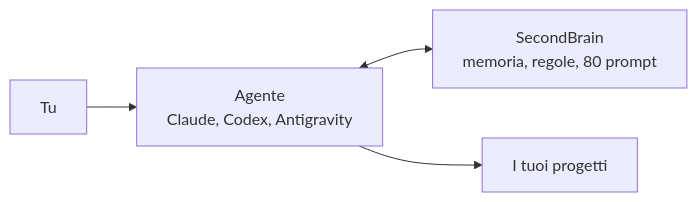
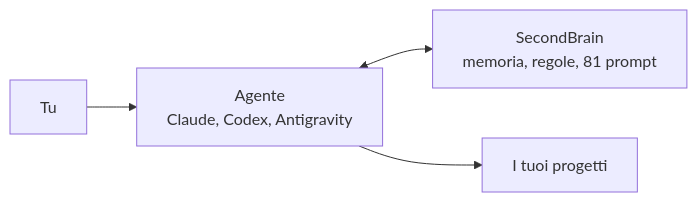
The first of 2 diagrams in README.md (dennidalpos/secondbrain), drawn with Mermaid before and after one commit. The commit also changed other lines of this file and 47 other files, not shown here.

````diff
--- a/README.md
+++ b/README.md
@@ -9,6 +9,6 @@
 ```mermaid
 flowchart LR
     T["Tu"] --> A["Agente<br/>Claude, Codex, Antigravity"]
-    A <--> S["SecondBrain<br/>memoria, regole, 80 prompt"]
+    A <--> S["SecondBrain<br/>memoria, regole, 81 prompt"]
     A --> P["I tuoi progetti"]
 ```
````
